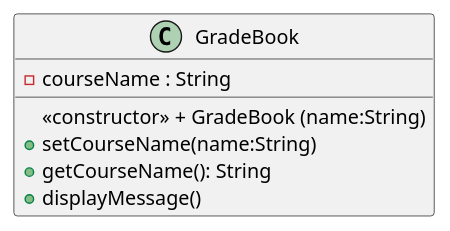
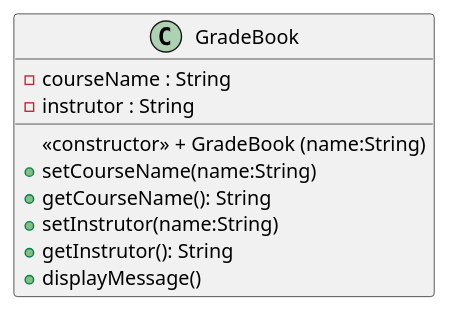
Before and after one commit to marcuswlima/learning: the diagram in c++/Deitel/src/cap03/GradeBook.puml, drawn with PlantUML. The commit also changed 3 other files, not shown here.

```diff
--- a/c++/Deitel/src/cap03/GradeBook.puml
+++ b/c++/Deitel/src/cap03/GradeBook.puml
@@ -1,9 +1,12 @@
 @startuml
 class GradeBook {
   <<constructor>> + GradeBook (name:String)
   - courseName : String
+  - instrutor : String
   + setCourseName(name:String)
   + getCourseName(): String
+  + setInstrutor(name:String)
+  + getInstrutor(): String
   + displayMessage()
 }
 @enduml
```
